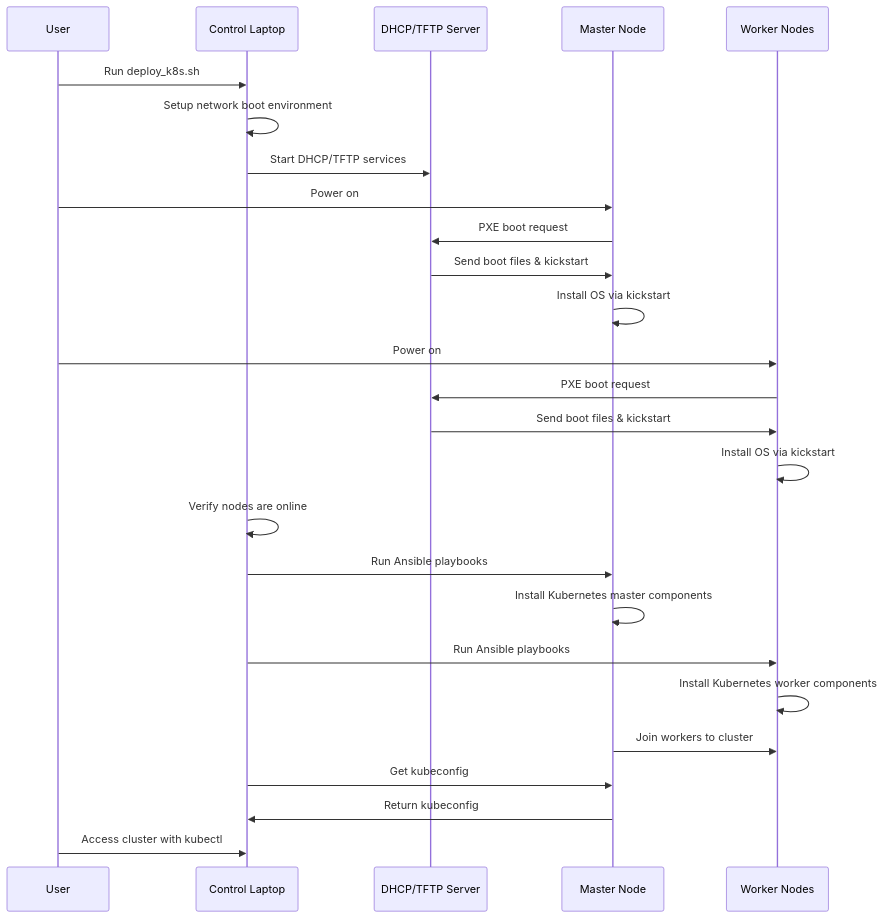
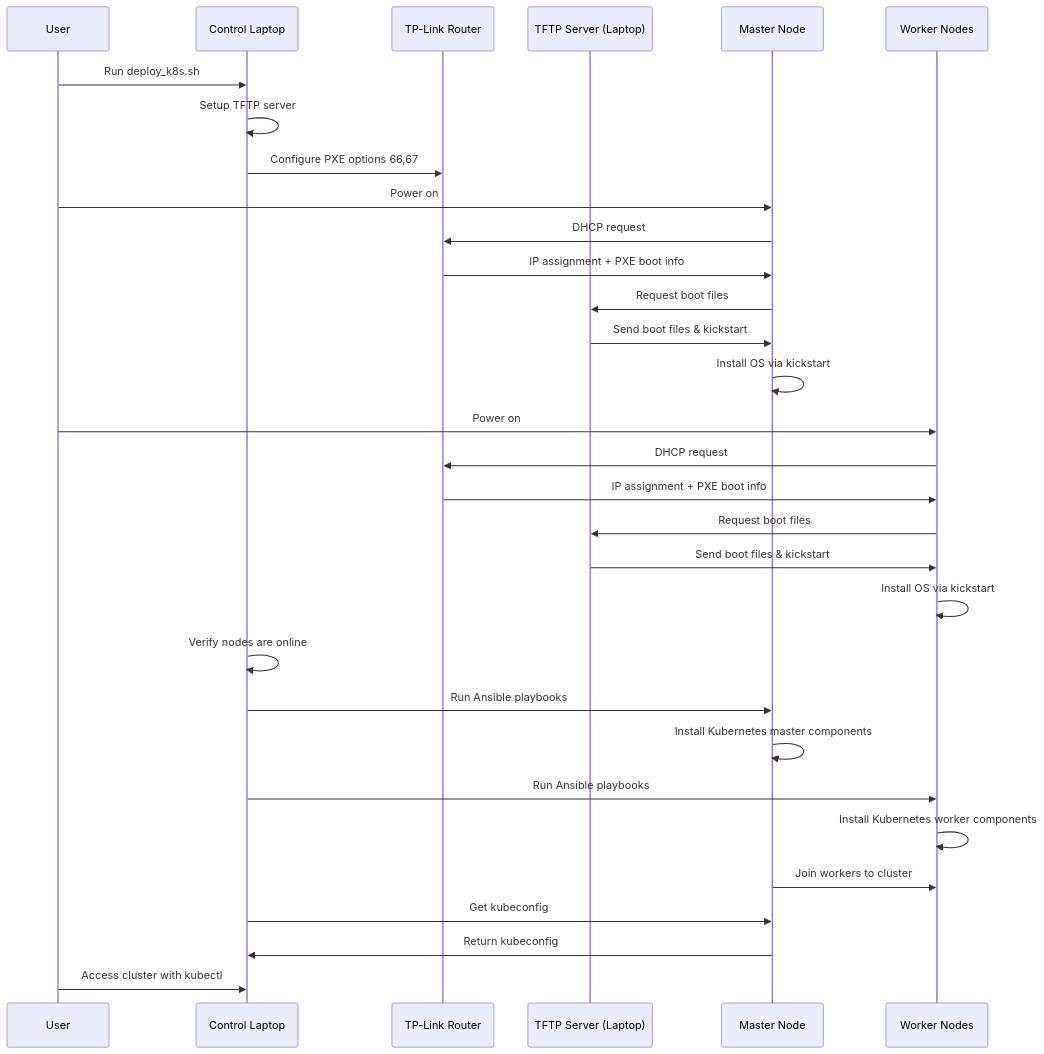
Before and after one commit to DramisInfo/kube-lab: the second of 2 diagrams in README.md, drawn with Mermaid. The commit also changed other lines of this file, not shown here.

Commit message:
feat: Enhance architecture diagrams and deployment flow for TP-Link ER605 V2 router integration

````diff
--- a/README.md
+++ b/README.md
@@ -68,37 +76,42 @@
 ```mermaid
 sequenceDiagram
     participant User
     participant Laptop as Control Laptop
-    participant DHCP as DHCP/TFTP Server
+    participant Router as TP-Link Router
+    participant TFTP as TFTP Server (Laptop)
     participant Master as Master Node
     participant Workers as Worker Nodes
     
     User->>Laptop: Run deploy_k8s.sh
-    Laptop->>Laptop: Setup network boot environment
-    Laptop->>DHCP: Start DHCP/TFTP services
+    Laptop->>Laptop: Setup TFTP server
+    Laptop->>Router: Configure PXE options 66,67
     
     User->>Master: Power on
-    Master->>DHCP: PXE boot request
-    DHCP->>Master: Send boot files & kickstart
+    Master->>Router: DHCP request
+    Router->>Master: IP assignment + PXE boot info
+    Master->>TFTP: Request boot files
+    TFTP->>Master: Send boot files & kickstart
     Master->>Master: Install OS via kickstart
     
     User->>Workers: Power on
-    Workers->>DHCP: PXE boot request
-    DHCP->>Workers: Send boot files & kickstart
+    Workers->>Router: DHCP request
+    Router->>Workers: IP assignment + PXE boot info
+    Workers->>TFTP: Request boot files
+    TFTP->>Workers: Send boot files & kickstart
     Workers->>Workers: Install OS via kickstart
     
     Laptop->>Laptop: Verify nodes are online
     
     Laptop->>Master: Run Ansible playbooks
     Master->>Master: Install Kubernetes master components
     
     Laptop->>Workers: Run Ansible playbooks
     Workers->>Workers: Install Kubernetes worker components
     
     Master->>Workers: Join workers to cluster
     
     Laptop->>Master: Get kubeconfig
     Master->>Laptop: Return kubeconfig
     
     User->>Laptop: Access cluster with kubectl
 ```
````
